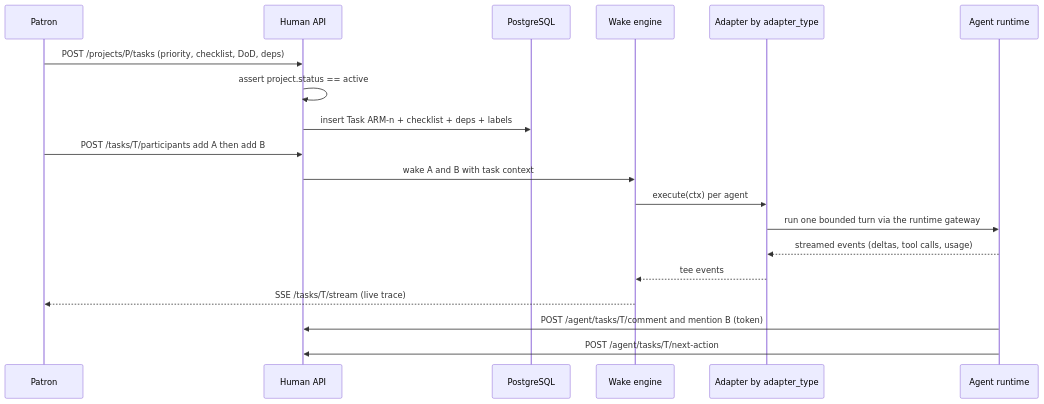
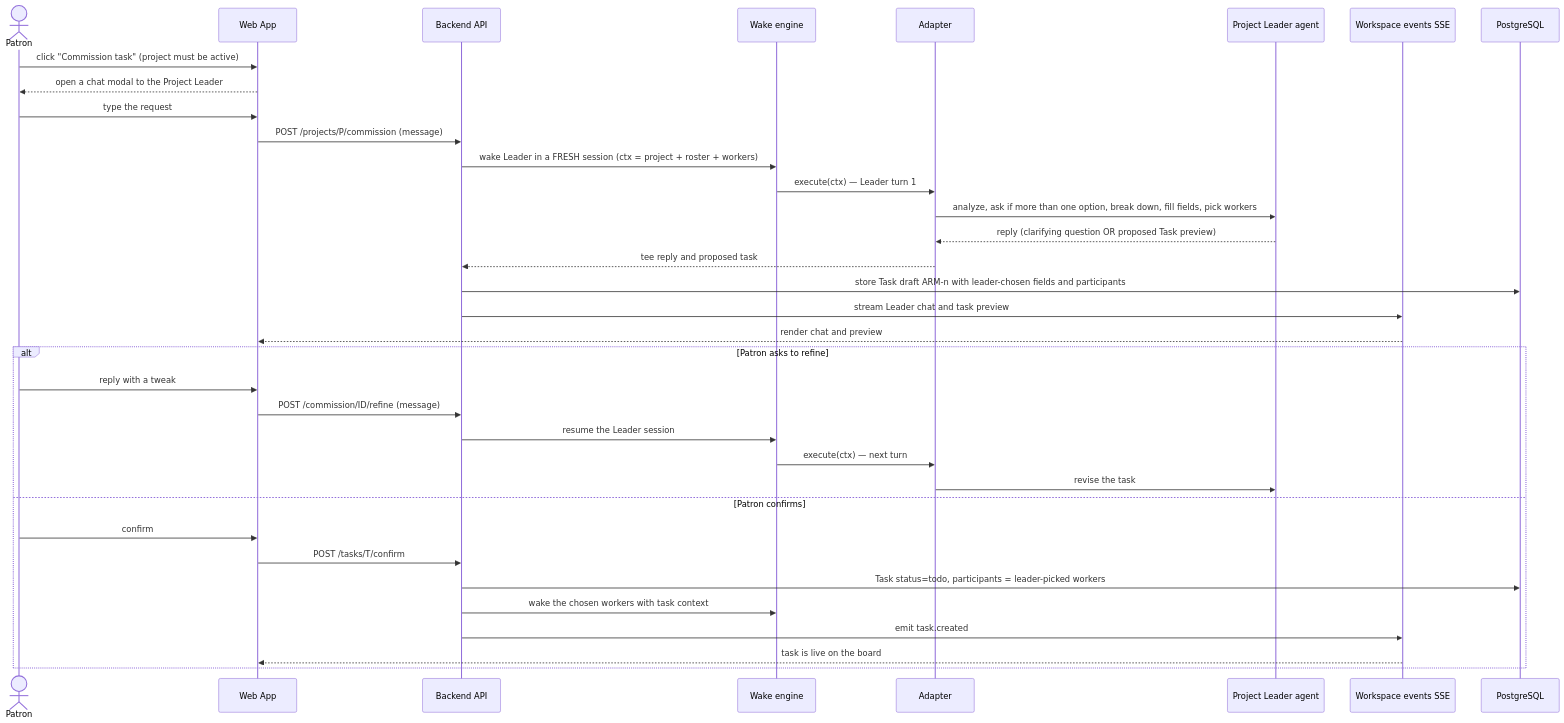
Diagram 11 of 15 in docs/ARCHITECTURE.md (gnust-company/A.R.MARIUS), drawn with Mermaid before and after one commit. The commit also changed other lines of this file, not shown here.

First line of the commit message:
docs(architecture): rewrite use cases in full detail + Web App rename

````diff
--- a/docs/ARCHITECTURE.md
+++ b/docs/ARCHITECTURE.md
@@ -314,22 +535,38 @@
 ```mermaid
 sequenceDiagram
-  participant P as Patron
-  participant API as Human API
+  actor P as Patron
+  participant WEB as Web App
+  participant API as Backend API
+  participant WAKE as Wake engine
+  participant ADP as Adapter
+  participant L as Project Leader agent
+  participant SSE as Workspace events SSE
   participant DB as PostgreSQL
-  participant WAKE as Wake engine
-  participant ADP as Adapter by adapter_type
-  participant AG as Agent runtime
 
-  P->>API: POST /projects/P/tasks (priority, checklist, DoD, deps)
-  API->>API: assert project.status == active
-  API->>DB: insert Task ARM-n + checklist + deps + labels
-  P->>API: POST /tasks/T/participants add A then add B
-  API->>WAKE: wake A and B with task context
-  WAKE->>ADP: execute(ctx) per agent
-  ADP->>AG: run one bounded turn via the runtime gateway
-  AG-->>ADP: streamed events (deltas, tool calls, usage)
-  ADP-->>WAKE: tee events
-  WAKE-->>P: SSE /tasks/T/stream (live trace)
-  AG->>API: POST /agent/tasks/T/comment and mention B (token)
-  AG->>API: POST /agent/tasks/T/next-action
+  P->>WEB: click "Commission task" (project must be active)
+  WEB-->>P: open a chat modal to the Project Leader
+  P->>WEB: type the request
+  WEB->>API: POST /projects/P/commission (message)
+  API->>WAKE: wake Leader in a FRESH session (ctx = project + roster + workers)
+  WAKE->>ADP: execute(ctx) — Leader turn 1
+  ADP->>L: analyze, ask if more than one option, break down, fill fields, pick workers
+  L-->>ADP: reply (clarifying question OR proposed Task preview)
+  ADP-->>API: tee reply and proposed task
+  API->>DB: store Task draft ARM-n with leader-chosen fields and participants
+  API->>SSE: stream Leader chat and task preview
+  SSE-->>WEB: render chat and preview
+  alt Patron asks to refine
+    P->>WEB: reply with a tweak
+    WEB->>API: POST /commission/ID/refine (message)
+    API->>WAKE: resume the Leader session
+    WAKE->>ADP: execute(ctx) — next turn
+    ADP->>L: revise the task
+  else Patron confirms
+    P->>WEB: confirm
+    WEB->>API: POST /tasks/T/confirm
+    API->>DB: Task status=todo, participants = leader-picked workers
+    API->>WAKE: wake the chosen workers with task context
+    API->>SSE: emit task.created
+    SSE-->>WEB: task is live on the board
+  end
 ```
````
